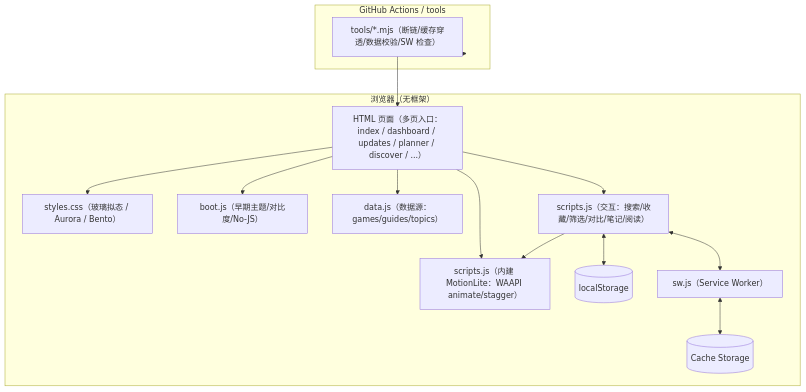
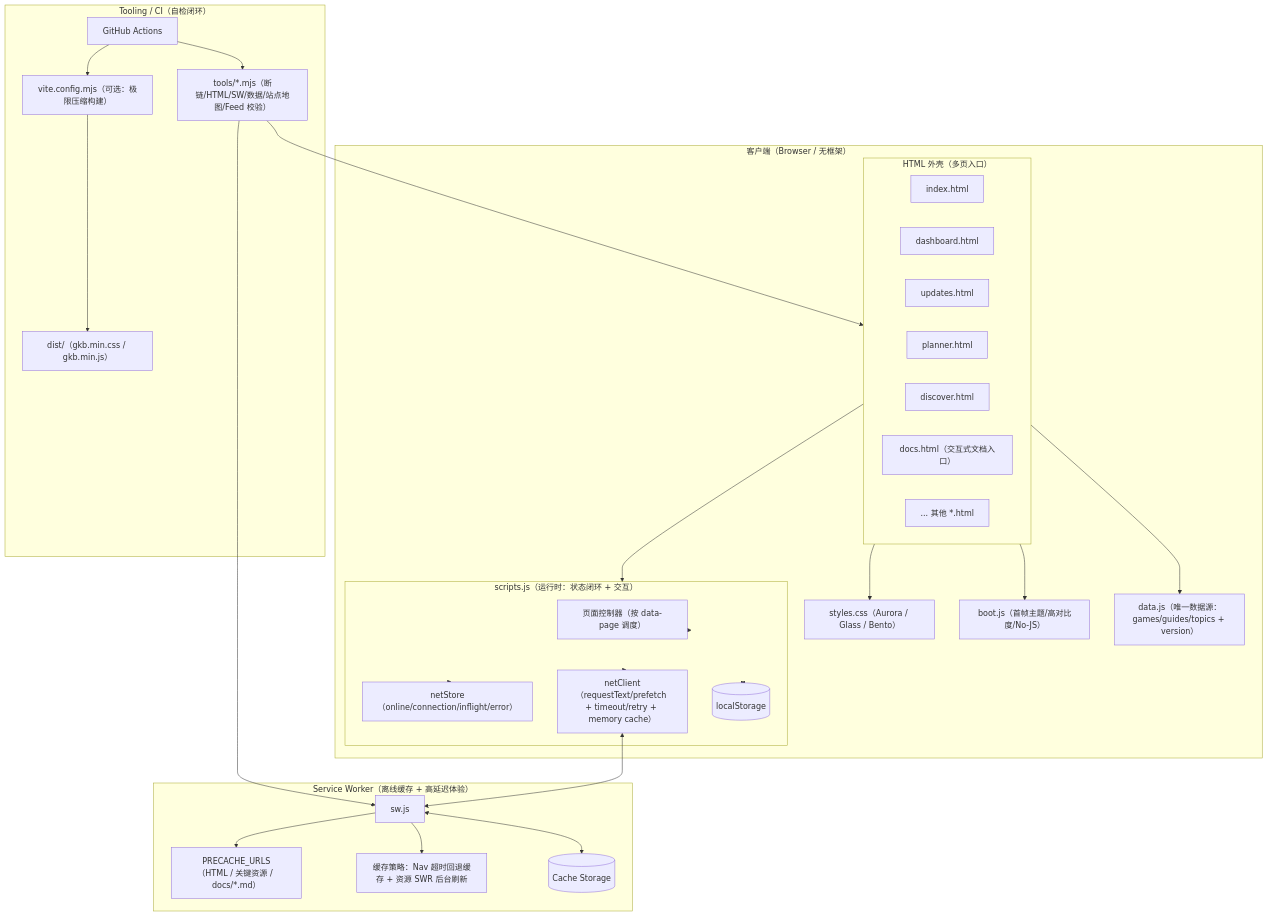
One commit to TUR1412/GameKnowledge-Base changed the diagram in README.md. Above: the diagram before and after it, drawn with Mermaid. The commit also changed other lines of this file and 26 other files, not shown here.

Commit message:
feat: docs portal + net loop + SW latency smooth

````diff
--- a/README.md
+++ b/README.md
@@ -83,32 +83,60 @@
 ```mermaid
 flowchart TB
-  subgraph Browser[浏览器（无框架）]
-    H[HTML 页面（多页入口：index / dashboard / updates / planner / discover / ...）]
-    CSS[styles.css（玻璃拟态 / Aurora / Bento）]
-    Boot[boot.js（早期主题/对比度/No-JS）]
-    Data[data.js（数据源：games/guides/topics）]
-    App[scripts.js（交互：搜索/收藏/筛选/对比/笔记/阅读）]
-    Motion[scripts.js（内建 MotionLite：WAAPI animate/stagger）]
-    LS[(localStorage)]
-    SW[sw.js（Service Worker）]
+  subgraph Client[客户端（Browser / 无框架）]
+    subgraph Shell[HTML 外壳（多页入口）]
+      Home[index.html]
+      Dashboard[dashboard.html]
+      Updates[updates.html]
+      Planner[planner.html]
+      Discover[discover.html]
+      DocsPortal[docs.html（交互式文档入口）]
+      Others[... 其他 *.html]
+    end
+
+    Styles[styles.css（Aurora / Glass / Bento）]
+    Boot[boot.js（首帧主题/高对比度/No-JS）]
+    Data[data.js（唯一数据源：games/guides/topics + version）]
+
+    subgraph Runtime[scripts.js（运行时：状态闭环 + 交互）]
+      UI[页面控制器（按 data-page 调度）]
+      Store[netStore（online/connection/inflight/error）]
+      Net[netClient（requestText/prefetch + timeout/retry + memory cache）]
+      Storage[(localStorage)]
+    end
+  end
+
+  subgraph SWLayer[Service Worker（离线缓存 + 高延迟体验）]
+    SW[sw.js]
+    Precache[PRECACHE_URLS（HTML / 关键资源 / docs/*.md）]
+    RuntimeCache[缓存策略：Nav 超时回退缓存 + 资源 SWR 后台刷新]
     Cache[(Cache Storage)]
   end
 
-  subgraph CI[GitHub Actions / tools]
-    Tools[tools/*.mjs（断链/缓存穿透/数据校验/SW 检查）]
+  subgraph Tooling[Tooling / CI（自检闭环）]
+    CI[GitHub Actions]
+    Tools[tools/*.mjs（断链/HTML/SW/数据/站点地图/Feed 校验）]
+    Vite[vite.config.mjs（可选：极限压缩构建）]
+    Dist[dist/（gkb.min.css / gkb.min.js）]
   end
 
-  H --> CSS
-  H --> Boot
-  H --> Data
-  H --> App
-  H --> Motion
-  App --> Motion
+  Shell --> Styles
+  Shell --> Boot
+  Shell --> Data
+  Shell --> Runtime
 
-  App <--> LS
-  App <--> SW
+  Runtime --> UI
+  Runtime --> Store
+  Runtime --> Net
+  Runtime <--> Storage
+
+  Net <--> SW
+  SW --> Precache
+  SW --> RuntimeCache
   SW <--> Cache
 
   CI --> Tools
-  Tools --> H
+  CI --> Vite
+  Tools --> Shell
+  Tools --> SW
+  Vite --> Dist
 ```
````
